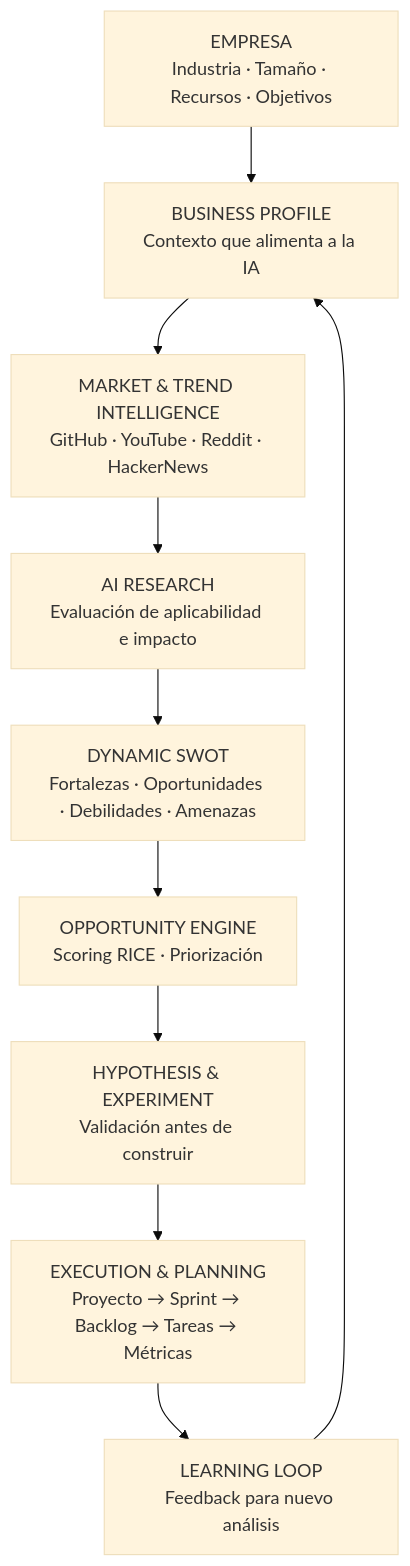
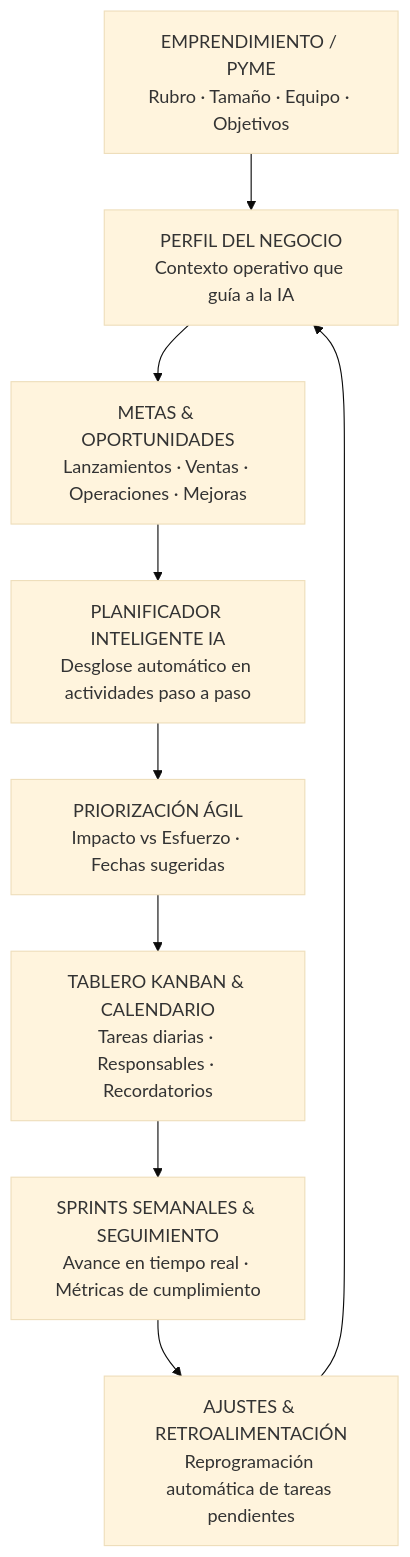
One commit to WilderSantamaria18/Bowol_up changed the diagram in docs/01-PRODUCT-VISION.md. Above: the diagram before and after it, drawn with Mermaid (base theme). The commit also changed other lines of this file and 215 other files, not shown here.

````diff
--- a/docs/01-PRODUCT-VISION.md
+++ b/docs/01-PRODUCT-VISION.md
@@ -55,12 +55,11 @@
 ```mermaid
 flowchart TD
-    A[EMPRESA<br/>Industria · Tamaño · Recursos · Objetivos] --> B[BUSINESS PROFILE<br/>Contexto que alimenta a la IA]
-    B --> C[MARKET & TREND INTELLIGENCE<br/>GitHub · YouTube · Reddit · HackerNews]
-    C --> D[AI RESEARCH<br/>Evaluación de aplicabilidad e impacto]
-    D --> E[DYNAMIC SWOT<br/>Fortalezas · Oportunidades · Debilidades · Amenazas]
-    E --> F[OPPORTUNITY ENGINE<br/>Scoring RICE · Priorización]
-    F --> G[HYPOTHESIS & EXPERIMENT<br/>Validación antes de construir]
-    G --> H[EXECUTION & PLANNING<br/>Proyecto → Sprint → Backlog → Tareas → Métricas]
-    H --> I[LEARNING LOOP<br/>Feedback para nuevo análisis]
-    I --> B
+    A[EMPRENDIMIENTO / PYME<br/>Rubro · Tamaño · Equipo · Objetivos] --> B[PERFIL DEL NEGOCIO<br/>Contexto operativo que guía a la IA]
+    B --> C[METAS & OPORTUNIDADES<br/>Lanzamientos · Ventas · Operaciones · Mejoras]
+    C --> D[PLANIFICADOR INTELIGENTE IA<br/>Desglose automático en actividades paso a paso]
+    D --> E[PRIORIZACIÓN ÁGIL<br/>Impacto vs Esfuerzo · Fechas sugeridas]
+    E --> F[TABLERO KANBAN & CALENDARIO<br/>Tareas diarias · Responsables · Recordatorios]
+    F --> G[SPRINTS SEMANALES & SEGUIMIENTO<br/>Avance en tiempo real · Métricas de cumplimiento]
+    G --> H[AJUSTES & RETROALIMENTACIÓN<br/>Reprogramación automática de tareas pendientes]
+    H --> B
 ```
````
